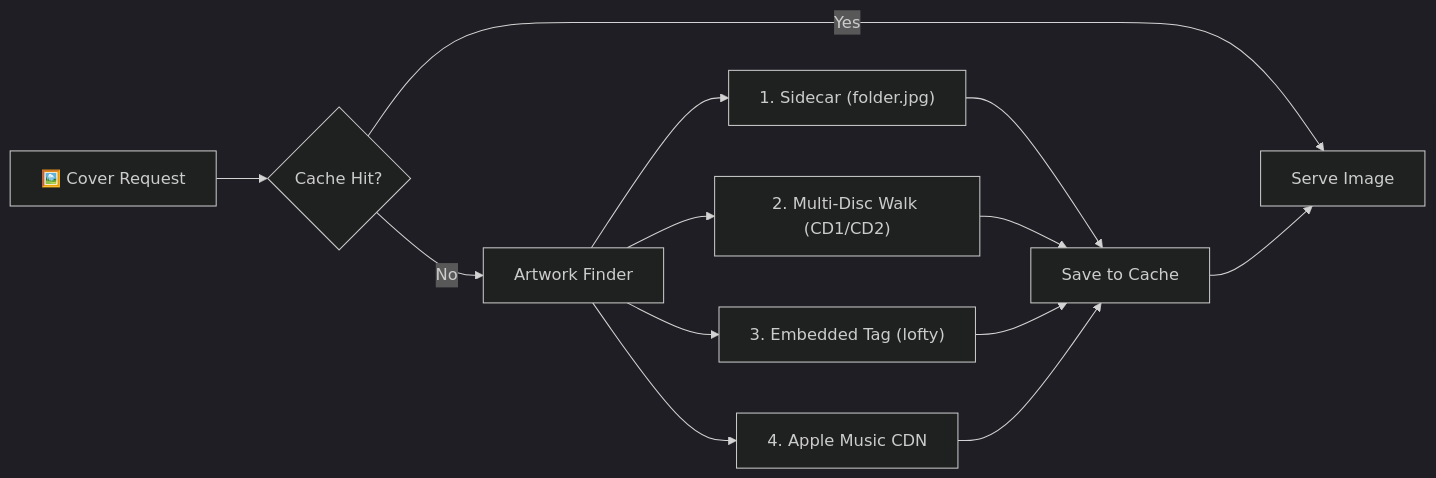
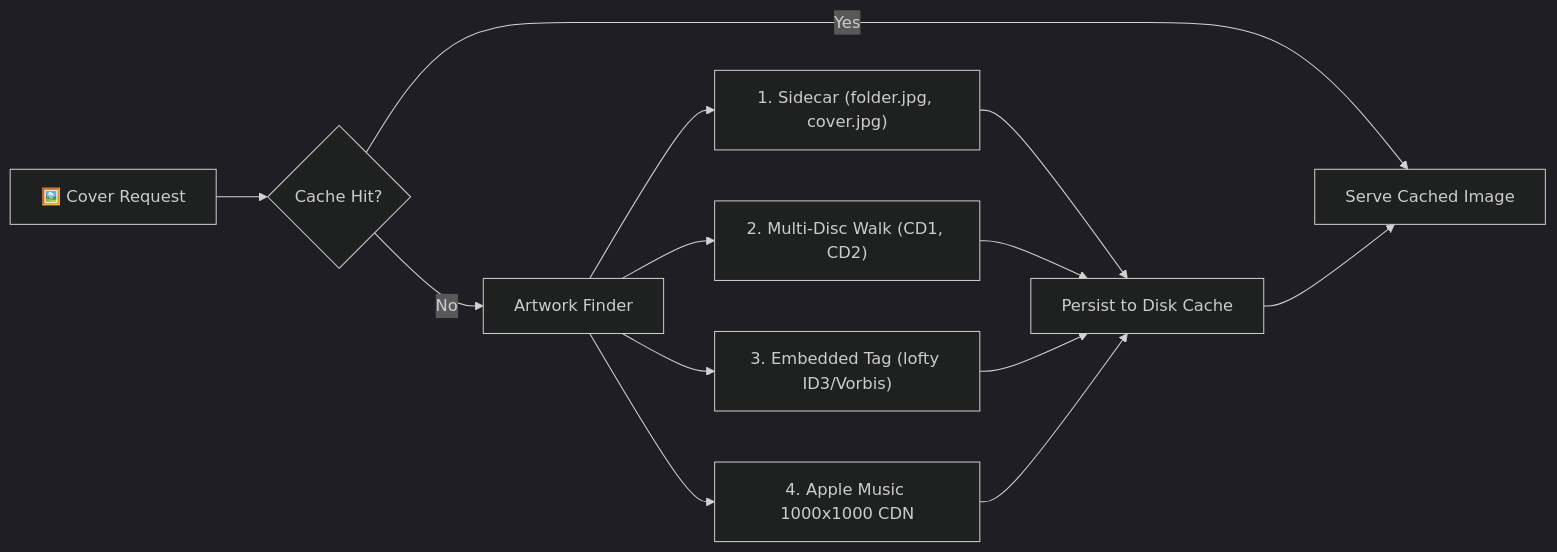
One commit to vndangkhoa/kv-tidal changed the third of 3 diagrams in README.md. Above: the diagram before and after it, drawn with Mermaid (dark theme). The commit also changed other lines of this file, not shown here.

Commit message:
docs: update dataflow architecture and communicate real FLAC high-res streaming

````diff
--- a/README.md
+++ b/README.md
@@ -232,17 +283,17 @@
 ```mermaid
 flowchart LR
     Req["🖼️ Cover Request"] --> Cache{"Cache Hit?"}
-    Cache -->|Yes| Out["Serve Image"]
+    Cache -->|Yes| Out["Serve Cached Image"]
     Cache -->|No| Search["Artwork Finder"]
     
-    Search --> S1["1. Sidecar (folder.jpg)"]
-    Search --> S2["2. Multi-Disc Walk (CD1/CD2)"]
-    Search --> S3["3. Embedded Tag (lofty)"]
-    Search --> S4["4. Apple Music CDN"]
+    Search --> S1["1. Sidecar (folder.jpg, cover.jpg)"]
+    Search --> S2["2. Multi-Disc Walk (CD1, CD2)"]
+    Search --> S3["3. Embedded Tag (lofty ID3/Vorbis)"]
+    Search --> S4["4. Apple Music 1000x1000 CDN"]
     
-    S1 --> Disk["Save to Cache"]
+    S1 --> Disk["Persist to Disk Cache"]
     S2 --> Disk
     S3 --> Disk
     S4 --> Disk
     Disk --> Out
 ```
````
